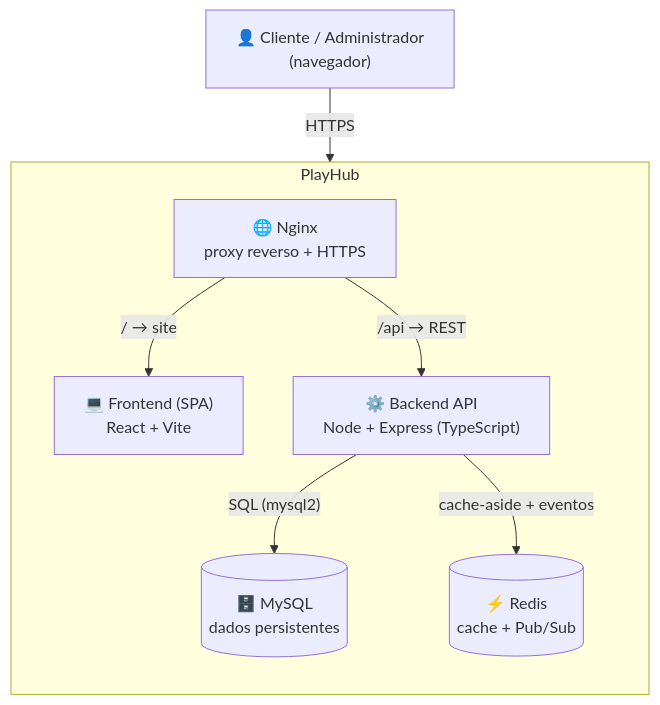
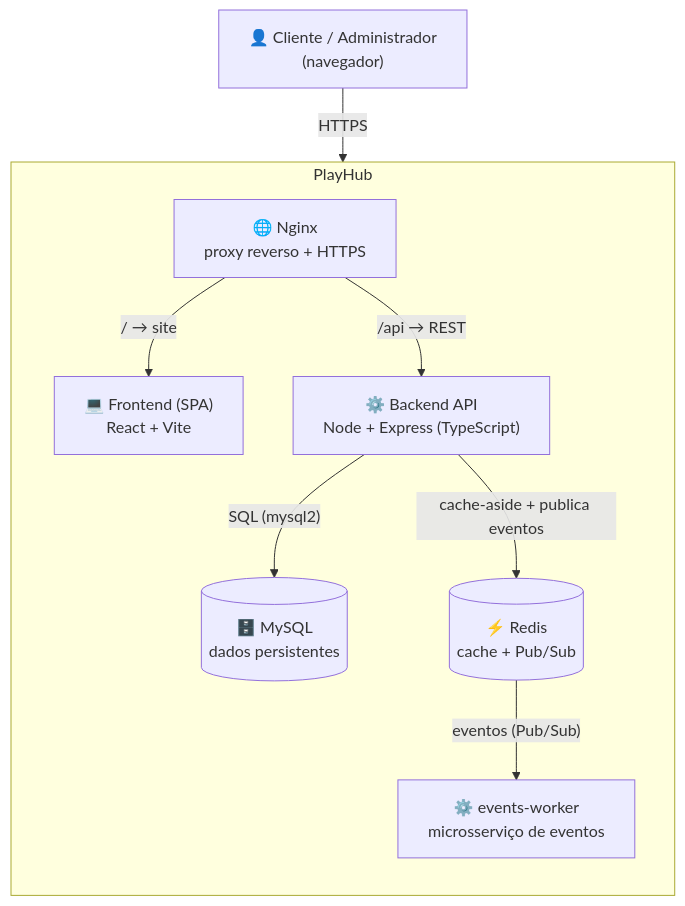
One commit to erick1345/keys-forge changed the second of 2 diagrams in docs/arquitetura/c4-modelo.md. Above: the diagram before and after it, drawn with Mermaid. The commit also changed other lines of this file and 10 other files, not shown here.

First line of the commit message:
feat: microservico events-worker (arquitetura hibrida, event-driven)

````diff
--- a/docs/arquitetura/c4-modelo.md
+++ b/docs/arquitetura/c4-modelo.md
@@ -35,19 +35,21 @@
 ```mermaid
 flowchart TB
     usuario["👤 Cliente / Administrador<br/>(navegador)"]
 
     subgraph playhub["PlayHub"]
         direction TB
         nginx["🌐 Nginx<br/>proxy reverso + HTTPS"]
         front["💻 Frontend (SPA)<br/>React + Vite"]
         api["⚙️ Backend API<br/>Node + Express (TypeScript)"]
         mysql[("🗄️ MySQL<br/>dados persistentes")]
         redis[("⚡ Redis<br/>cache + Pub/Sub")]
+        worker["⚙️ events-worker<br/>microsserviço de eventos"]
     end
 
     usuario -->|"HTTPS"| nginx
     nginx -->|"/ → site"| front
     nginx -->|"/api → REST"| api
     api -->|"SQL (mysql2)"| mysql
-    api -->|"cache-aside + eventos"| redis
+    api -->|"cache-aside + publica eventos"| redis
+    redis -->|"eventos (Pub/Sub)"| worker
 ```
````
